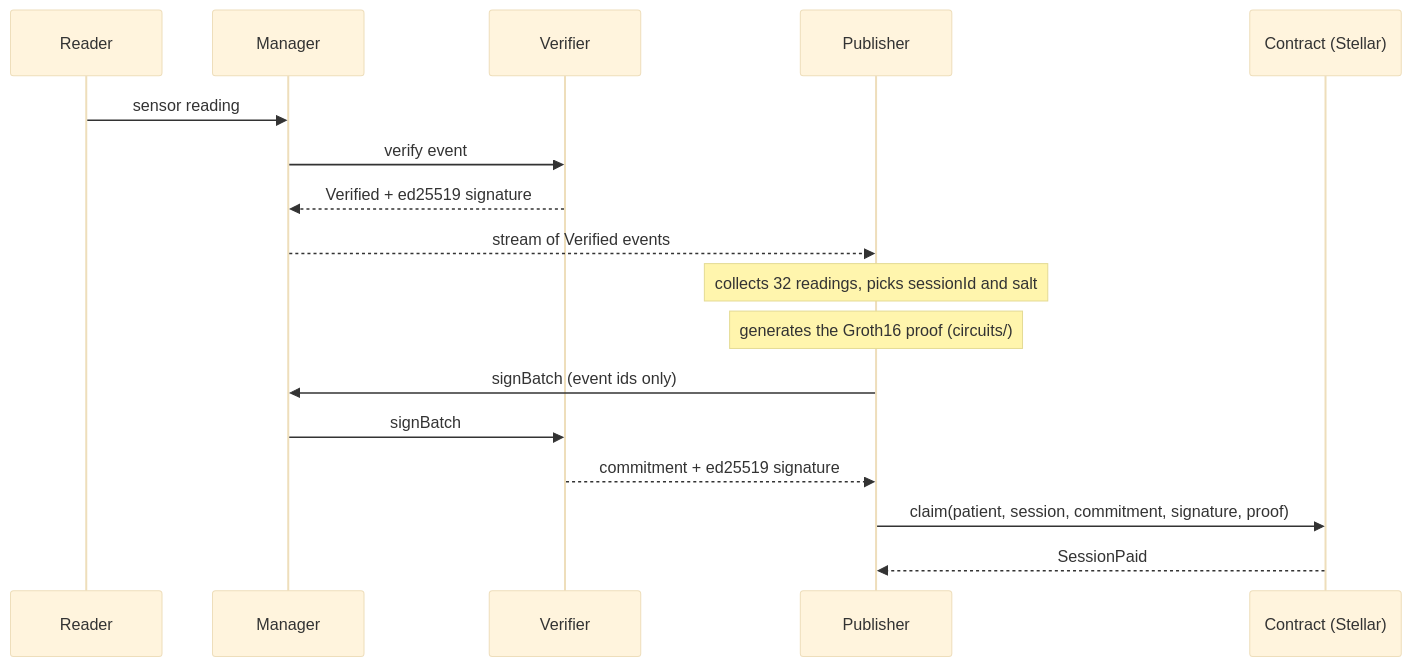
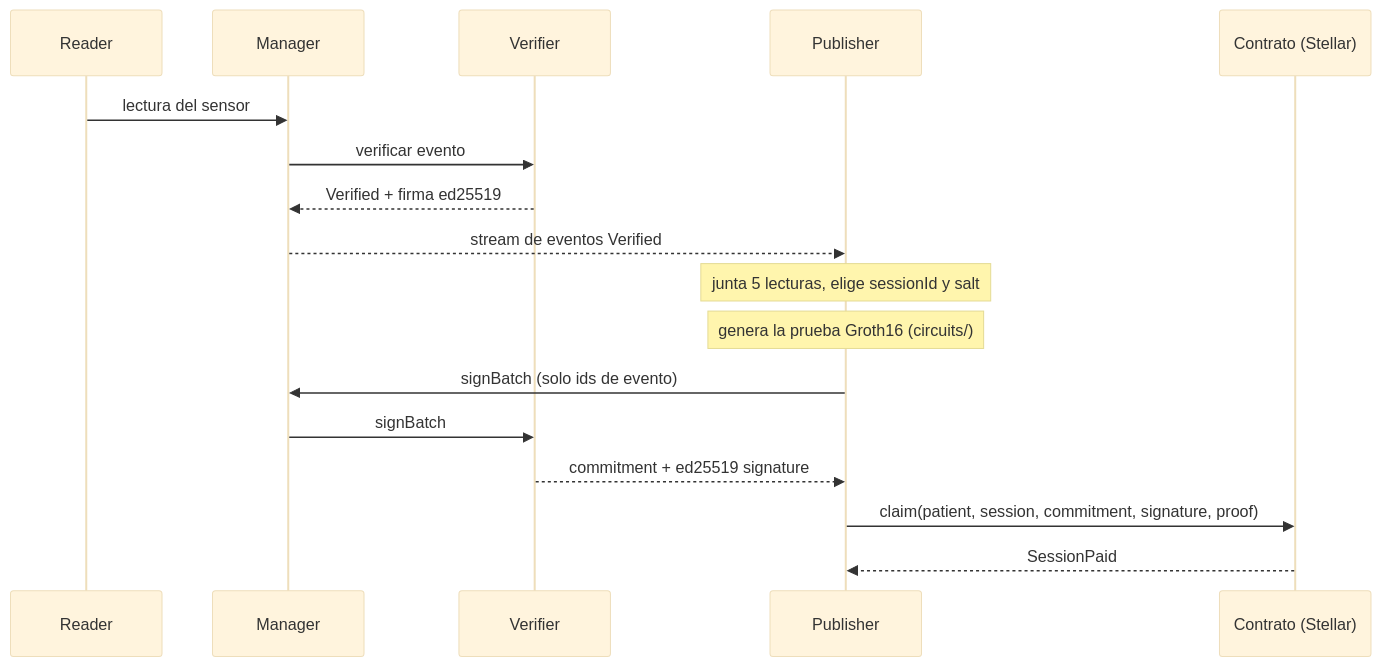
One commit to ParriCode/phonedo changed the first of 2 diagrams in README.md. Above: the diagram before and after it, drawn with Mermaid (base theme). The commit also changed other lines of this file and 54 other files, not shown here.

````diff
--- a/README.md
+++ b/README.md
@@ -62,19 +62,19 @@
 ```mermaid
 sequenceDiagram
     participant R as Reader
     participant M as Manager
     participant V as Verifier
     participant P as Publisher
-    participant C as Contract (Stellar)
-    R->>M: sensor reading
-    M->>V: verify event
-    V-->>M: Verified + ed25519 signature
-    M-->>P: stream of Verified events
-    Note over P: collects 32 readings, picks sessionId and salt
-    Note over P: generates the Groth16 proof (circuits/)
-    P->>M: signBatch (event ids only)
+    participant C as Contrato (Stellar)
+    R->>M: lectura del sensor
+    M->>V: verificar evento
+    V-->>M: Verified + firma ed25519
+    M-->>P: stream de eventos Verified
+    Note over P: junta 5 lecturas, elige sessionId y salt
+    Note over P: genera la prueba Groth16 (circuits/)
+    P->>M: signBatch (solo ids de evento)
     M->>V: signBatch
     V-->>P: commitment + ed25519 signature
     P->>C: claim(patient, session, commitment, signature, proof)
     C-->>P: SessionPaid
 ```
````
